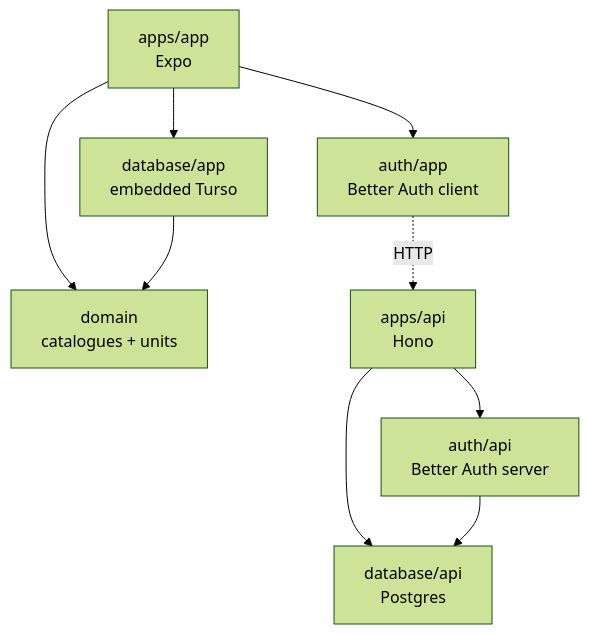
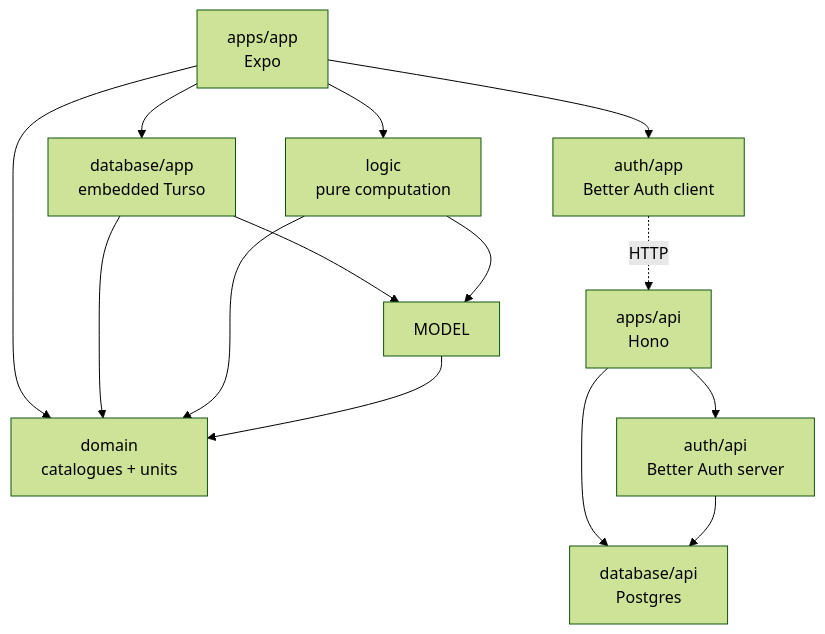
Before and after one commit to bishsbytes/bro: the diagram in README.md, drawn with Mermaid (forest theme). The commit also changed other lines of this file and 83 other files, not shown here.

````diff
--- a/README.md
+++ b/README.md
@@ -27,11 +31,16 @@
 ```mermaid
 graph TD
   APP["apps/app<br/>Expo"] --> DBAPP["database/app<br/>embedded Turso"]
   APP --> AUTHAPP["auth/app<br/>Better Auth client"]
   APP --> DOMAIN["domain<br/>catalogues + units"]
+  APP --> LOGIC["logic<br/>pure computation"]
   DBAPP --> DOMAIN
+  DBAPP --> MODEL
+  LOGIC --> DOMAIN
+  LOGIC --> MODEL
+  MODEL --> DOMAIN
   API["apps/api<br/>Hono"] --> DBAPI["database/api<br/>Postgres"]
   API --> AUTHAPI["auth/api<br/>Better Auth server"]
   AUTHAPI --> DBAPI
   AUTHAPP -. HTTP .-> API
 ```
````
